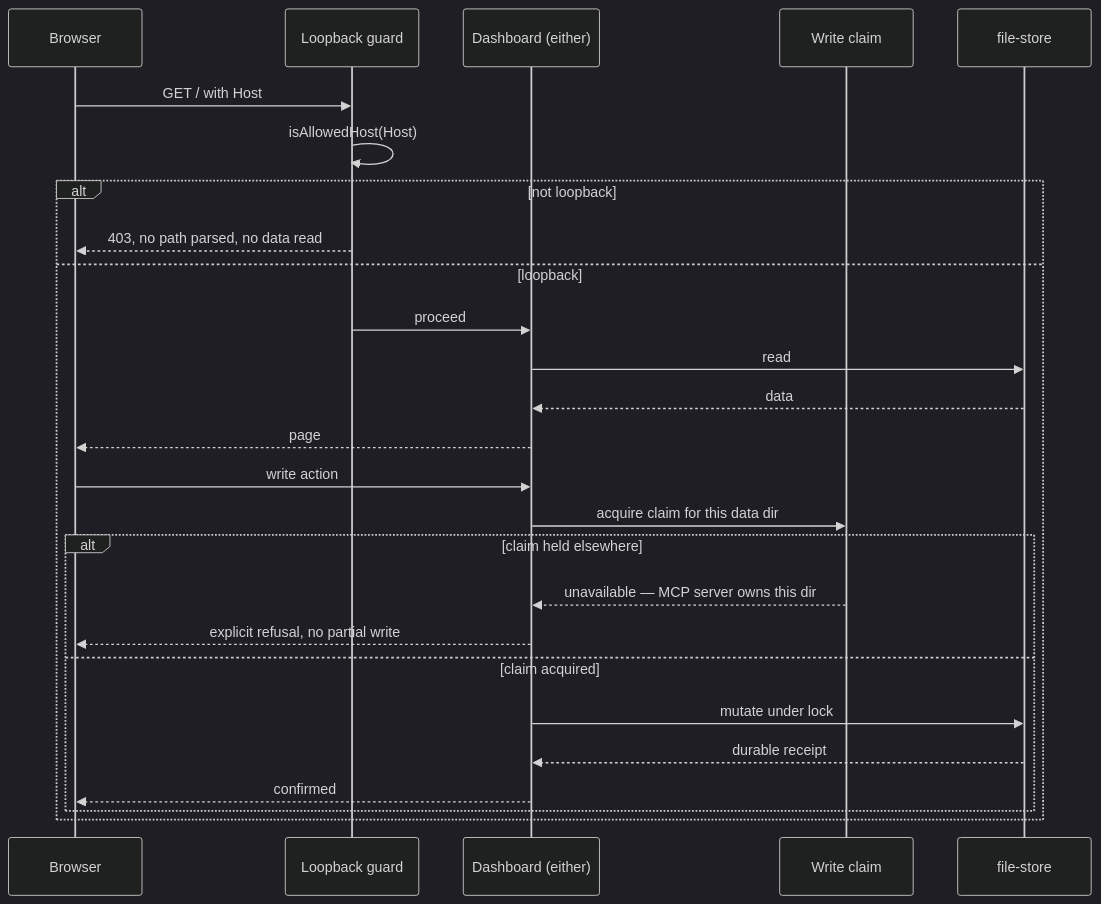
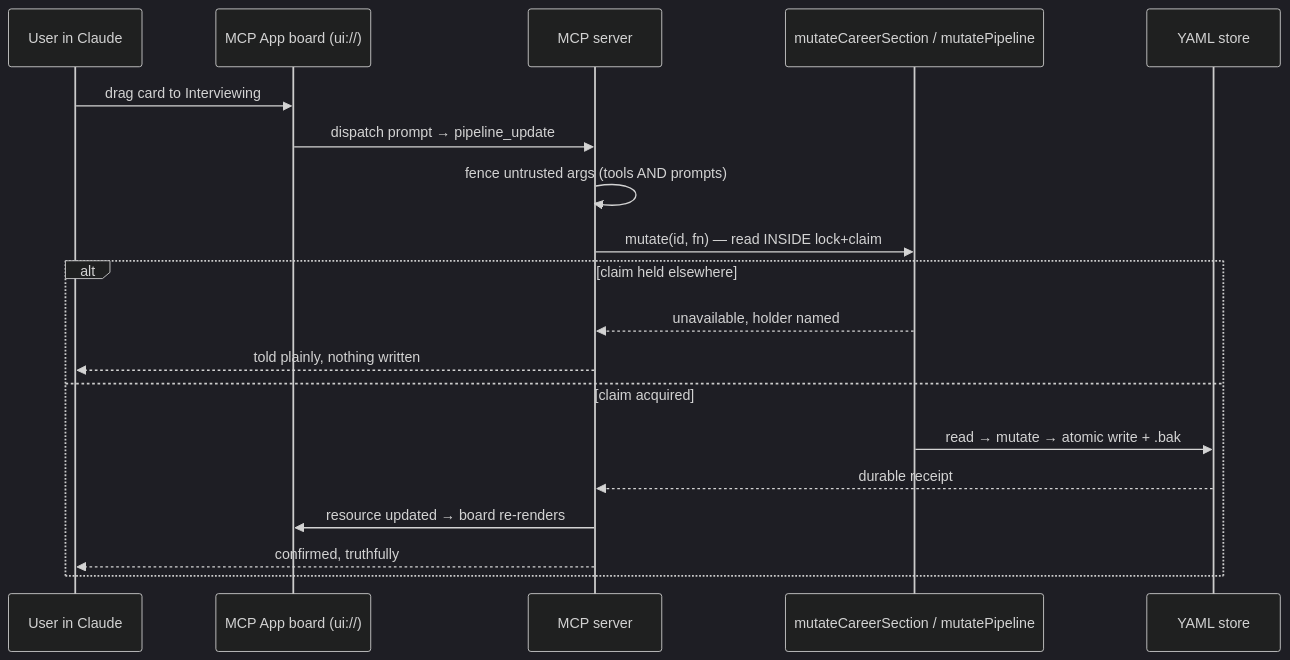
One commit to benskamps/career-compass-mcp changed the diagram in docs/report/figures/cc-fig-05.mmd. Above: the diagram before and after it, drawn with Mermaid (dark theme). The commit also changed 16 other files, not shown here.

First line of the commit message:
docs: architectural gauntlet v2 — the inheritance-failure audit

```diff
--- a/docs/report/figures/cc-fig-05.mmd
+++ b/docs/report/figures/cc-fig-05.mmd
@@ -1,26 +1,19 @@
 sequenceDiagram
-    participant B as Browser
-    participant G as Loopback guard
-    participant V as Dashboard (either)
-    participant W as Write claim
-    participant F as file-store
-    B->>G: GET / with Host
-    G->>G: isAllowedHost(Host)
-    alt not loopback
-        G-->>B: 403, no path parsed, no data read
-    else loopback
-        G->>V: proceed
-        V->>F: read
-        F-->>V: data
-        V-->>B: page
-        B->>V: write action
-        V->>W: acquire claim for this data dir
-        alt claim held elsewhere
-            W-->>V: unavailable — MCP server owns this dir
-            V-->>B: explicit refusal, no partial write
-        else claim acquired
-            V->>F: mutate under lock
-            F-->>V: durable receipt
-            V-->>B: confirmed
-        end
+    participant U as User in Claude
+    participant A as MCP App board (ui://)
+    participant S as MCP server
+    participant D as mutateCareerSection / mutatePipeline
+    participant Y as YAML store
+    U->>A: drag card to Interviewing
+    A->>S: dispatch prompt → pipeline_update
+    S->>S: fence untrusted args (tools AND prompts)
+    S->>D: mutate(id, fn) — read INSIDE lock+claim
+    alt claim held elsewhere
+        D-->>S: unavailable, holder named
+        S-->>U: told plainly, nothing written
+    else claim acquired
+        D->>Y: read → mutate → atomic write + .bak
+        Y-->>S: durable receipt
+        S->>A: resource updated → board re-renders
+        S-->>U: confirmed, truthfully
     end
```
